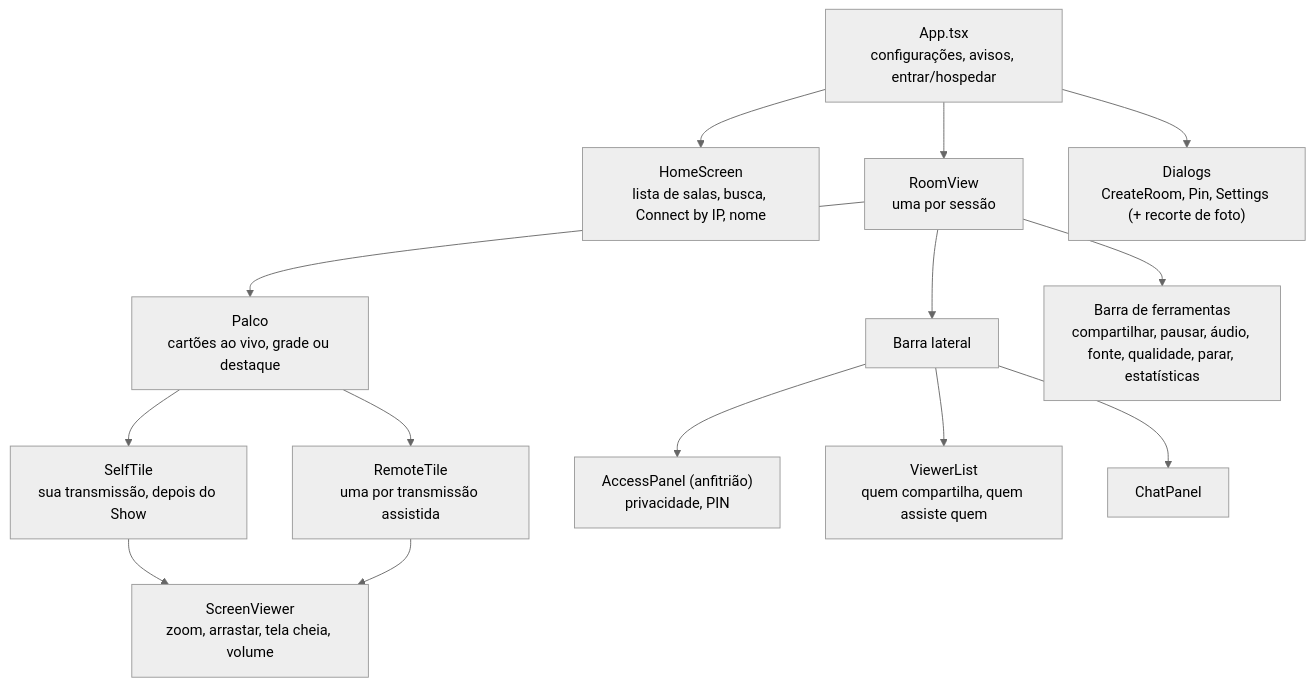
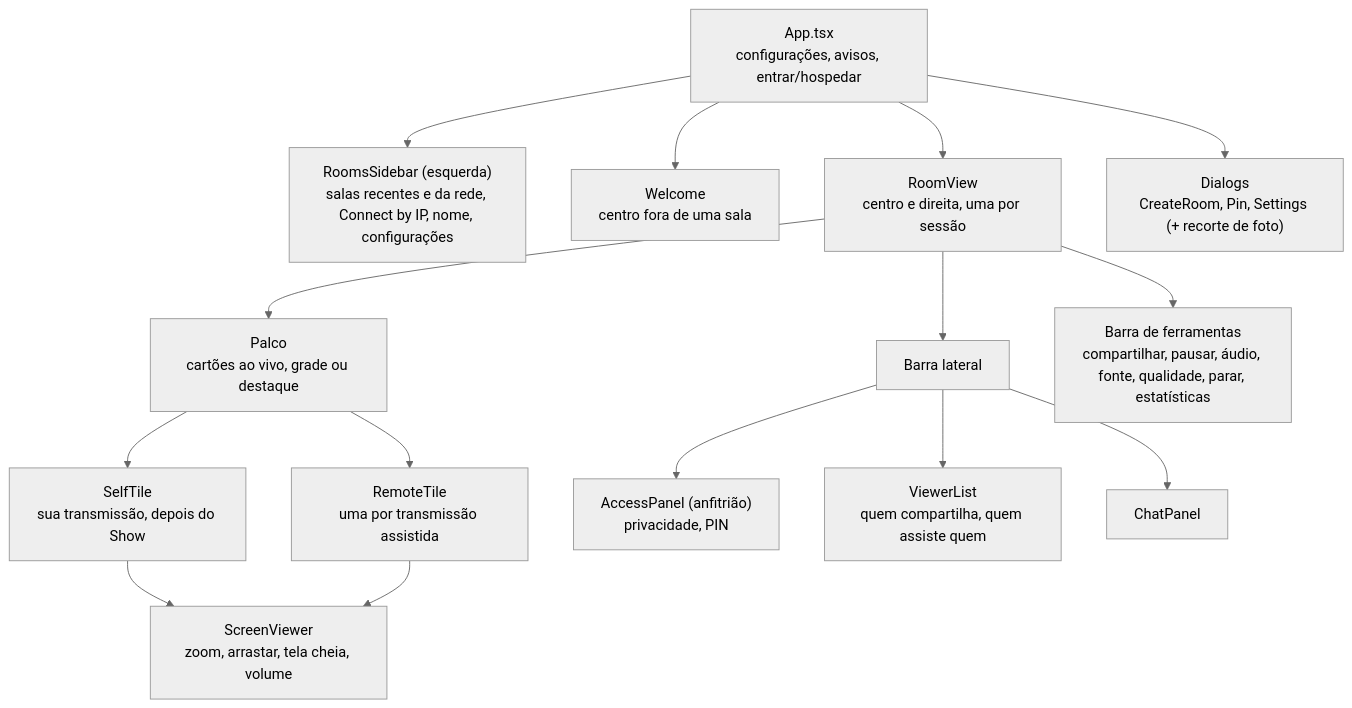
The fifth of 8 diagrams in docs/pt-BR/architecture.md (nsfxu/lan-screenshare), drawn with Mermaid (neutral theme) before and after one commit. The commit also changed other lines of this file and 24 other files, not shown here.

First line of the commit message:
Lay the window out in three columns with a rooms sidebar

````diff
--- a/docs/pt-BR/architecture.md
+++ b/docs/pt-BR/architecture.md
@@ -264,17 +264,18 @@
 ```mermaid
 flowchart TB
   App["App.tsx<br/>configurações, avisos, entrar/hospedar"]
-  App --> Home["HomeScreen<br/>lista de salas, busca, Connect by IP, nome"]
-  App --> Room["RoomView<br/>uma por sessão"]
+  App --> Rooms["RoomsSidebar (esquerda)<br/>salas recentes e da rede, Connect by IP, nome, configurações"]
+  App --> Welcome["Welcome<br/>centro fora de uma sala"]
+  App --> Room["RoomView<br/>centro e direita, uma por sessão"]
   App --> Dlg["Dialogs<br/>CreateRoom, Pin, Settings (+ recorte de foto)"]
   Room --> Stage["Palco<br/>cartões ao vivo, grade ou destaque"]
   Stage --> Self["SelfTile<br/>sua transmissão, depois do Show"]
   Stage --> Remote["RemoteTile<br/>uma por transmissão assistida"]
   Self --> SV["ScreenViewer<br/>zoom, arrastar, tela cheia, volume"]
   Remote --> SV
   Room --> Side["Barra lateral"]
   Side --> Access["AccessPanel (anfitrião)<br/>privacidade, PIN"]
   Side --> People["ViewerList<br/>quem compartilha, quem assiste quem"]
   Side --> Chat["ChatPanel"]
   Room --> Toolbar["Barra de ferramentas<br/>compartilhar, pausar, áudio, fonte, qualidade, parar, estatísticas"]
 ```
````
